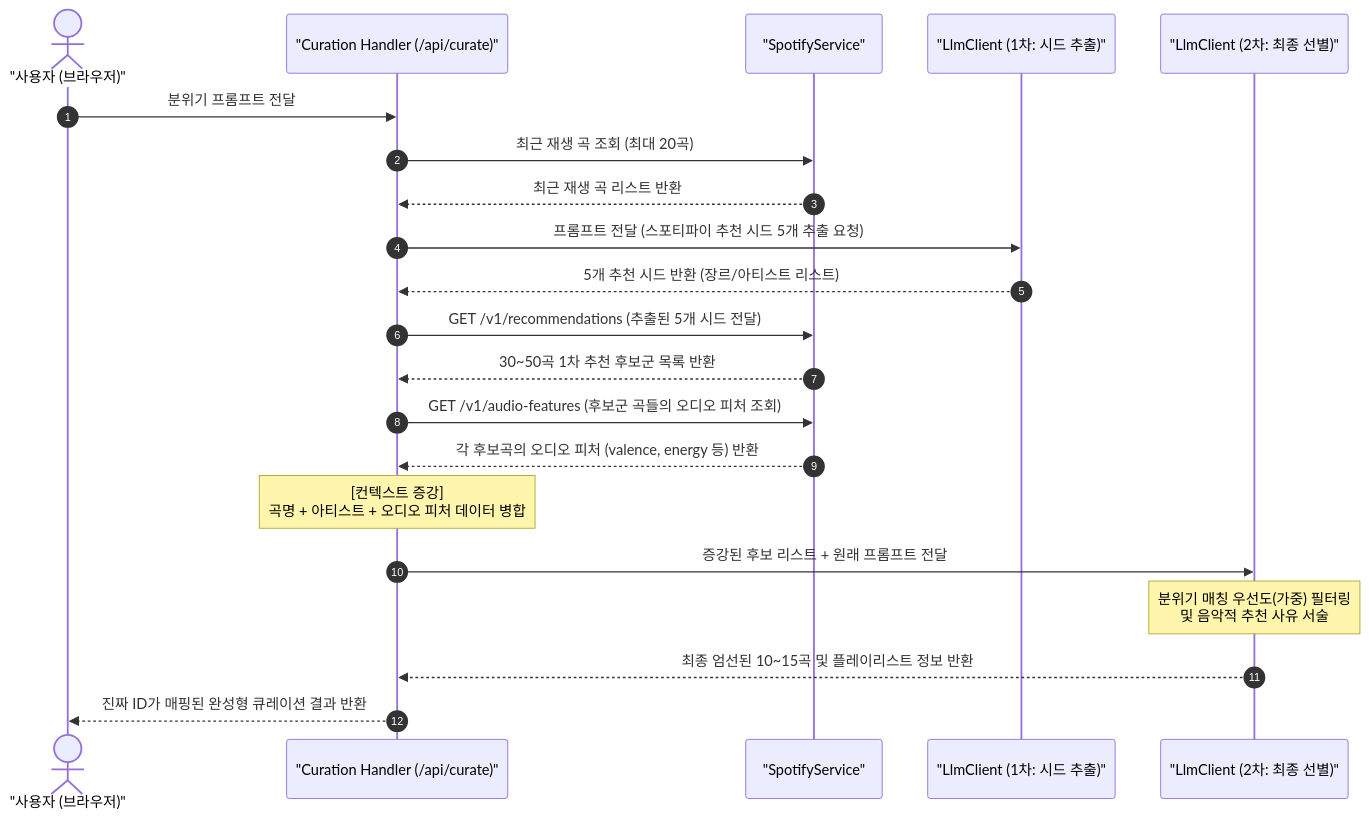
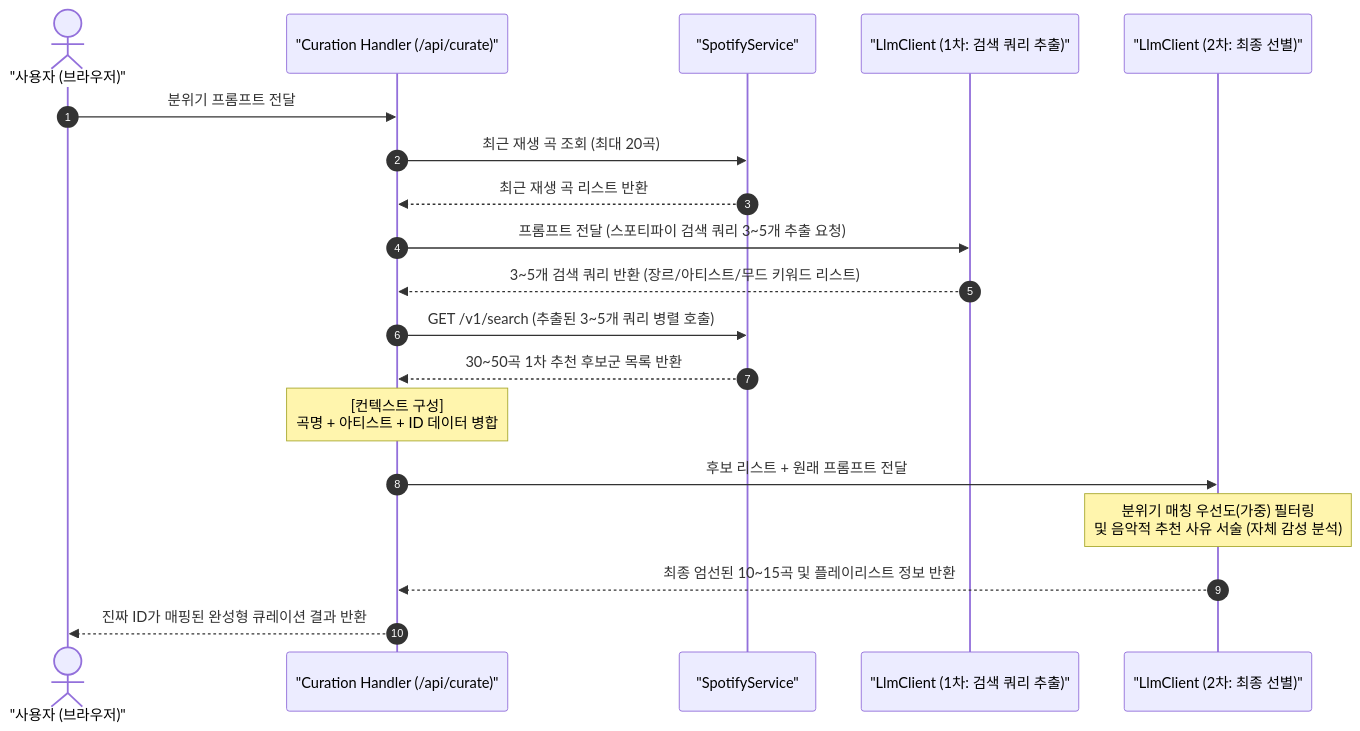
One commit to dlhwang/spotify_ai_playlist_curator changed the diagram in aidlc-docs/inception/application-design/rag-architecture.md. Above: the diagram before and after it, drawn with Mermaid. The commit also changed other lines of this file and 2 other files, not shown here.

````diff
--- a/aidlc-docs/inception/application-design/rag-architecture.md
+++ b/aidlc-docs/inception/application-design/rag-architecture.md
@@ -55,30 +52,27 @@
 ```mermaid
 sequenceDiagram
     autonumber
     actor User as "사용자 (브라우저)"
     participant Handler as "Curation Handler (/api/curate)"
     participant Spotify as "SpotifyService"
-    participant LLM1 as "LlmClient (1차: 시드 추출)"
+    participant LLM1 as "LlmClient (1차: 검색 쿼리 추출)"
     participant LLM2 as "LlmClient (2차: 최종 선별)"
 
     User->>Handler: 분위기 프롬프트 전달
     Handler->>Spotify: 최근 재생 곡 조회 (최대 20곡)
     Spotify-->>Handler: 최근 재생 곡 리스트 반환
     
-    Handler->>LLM1: 프롬프트 전달 (스포티파이 추천 시드 5개 추출 요청)
-    LLM1-->>Handler: 5개 추천 시드 반환 (장르/아티스트 리스트)
+    Handler->>LLM1: 프롬프트 전달 (스포티파이 검색 쿼리 3~5개 추출 요청)
+    LLM1-->>Handler: 3~5개 검색 쿼리 반환 (장르/아티스트/무드 키워드 리스트)
     
-    Handler->>Spotify: GET /v1/recommendations (추출된 5개 시드 전달)
+    Handler->>Spotify: GET /v1/search (추출된 3~5개 쿼리 병렬 호출)
     Spotify-->>Handler: 30~50곡 1차 추천 후보군 목록 반환
     
-    Handler->>Spotify: GET /v1/audio-features (후보군 곡들의 오디오 피처 조회)
-    Spotify-->>Handler: 각 후보곡의 오디오 피처 (valence, energy 등) 반환
+    Note over Handler: [컨텍스트 구성]<br/>곡명 + 아티스트 + ID 데이터 병합
     
-    Note over Handler: [컨텍스트 증강]<br/>곡명 + 아티스트 + 오디오 피처 데이터 병합
-    
-    Handler->>LLM2: 증강된 후보 리스트 + 원래 프롬프트 전달
-    Note over LLM2: 분위기 매칭 우선도(가중) 필터링<br/>및 음악적 추천 사유 서술
+    Handler->>LLM2: 후보 리스트 + 원래 프롬프트 전달
+    Note over LLM2: 분위기 매칭 우선도(가중) 필터링<br/>및 음악적 추천 사유 서술 (자체 감성 분석)
     LLM2-->>Handler: 최종 엄선된 10~15곡 및 플레이리스트 정보 반환
     
     Handler-->>User: 진짜 ID가 매핑된 완성형 큐레이션 결과 반환
 ```
````
